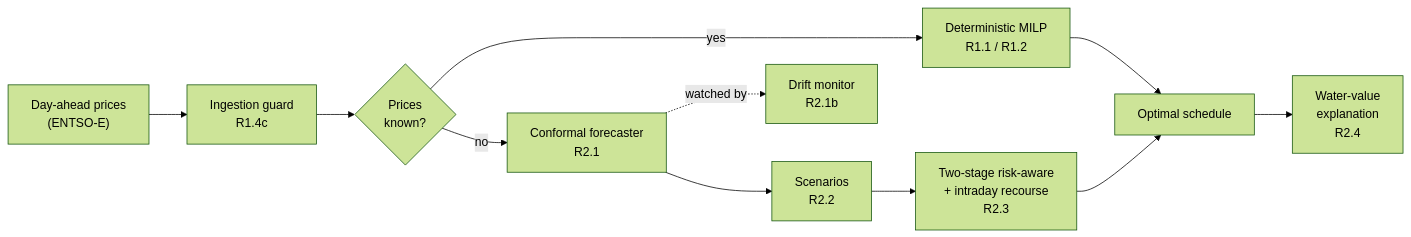
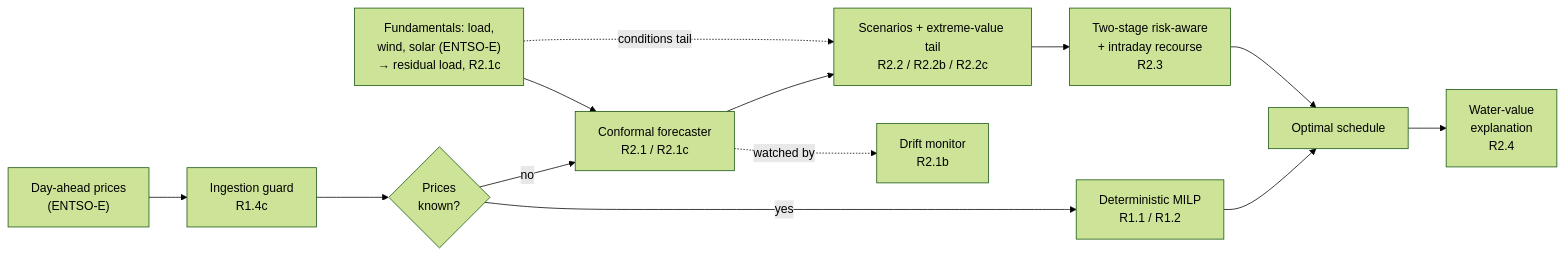
Before and after one commit to MoFirouzT/bess-dispatch-optimizer: the diagram in README.md, drawn with Mermaid (forest theme). The commit also changed other lines of this file and 9 other files, not shown here.

Commit message:
R2.5b: measure the scenario tail's dispatch value (a null); surface R2.1c/R2.2b/R2.2c in docs

````diff
--- a/README.md
+++ b/README.md
@@ -149,13 +165,15 @@
 ```mermaid
 flowchart LR
     P["Day-ahead prices<br/>(ENTSO-E)"] --> G["Ingestion guard<br/>R1.4c"]
+    F["Fundamentals: load,<br/>wind, solar (ENTSO-E)<br/>→ residual load, R2.1c"] --> FC
     G --> D{"Prices<br/>known?"}
     D -->|yes| OPT["Deterministic MILP<br/>R1.1 / R1.2"]
-    D -->|no| FC["Conformal forecaster<br/>R2.1"]
+    D -->|no| FC["Conformal forecaster<br/>R2.1 / R2.1c"]
     FC -.watched by.-> DM["Drift monitor<br/>R2.1b"]
-    FC --> SC["Scenarios<br/>R2.2"]
+    FC --> SC["Scenarios + extreme-value tail<br/>R2.2 / R2.2b / R2.2c"]
+    F -.conditions tail.-> SC
     SC --> ST["Two-stage risk-aware<br/>+ intraday recourse<br/>R2.3"]
     OPT --> SCH["Optimal schedule"]
     ST --> SCH
     SCH --> EX["Water-value<br/>explanation<br/>R2.4"]
 ```
````
